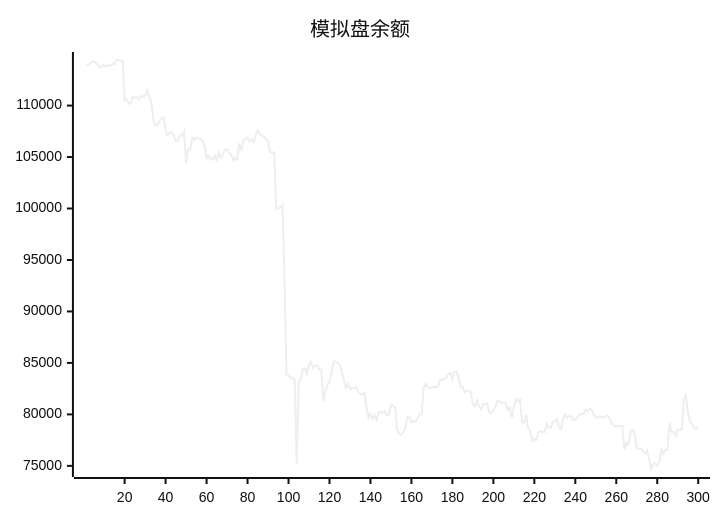
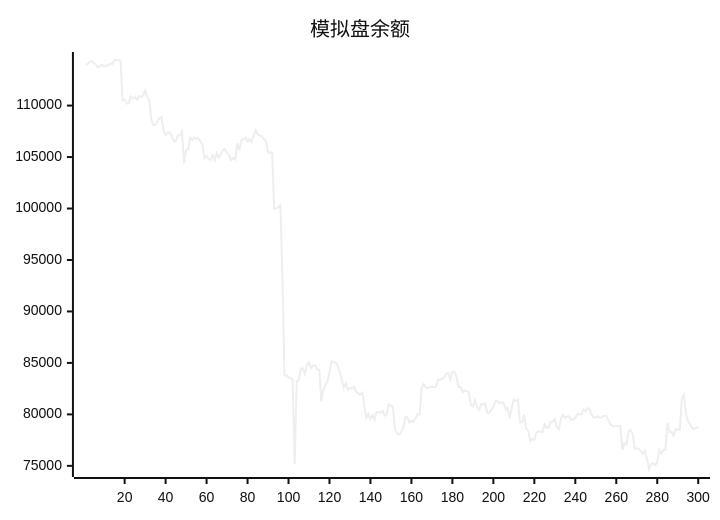
Before and after one commit to aahl/ai-trading: the diagram in README.md, drawn with Mermaid (neutral theme). The commit also changed other lines of this file and 1 other file, not shown here.

````diff
--- a/README.md
+++ b/README.md
@@ -5,5 +5,5 @@
 ```mermaid
 xychart
     title "模拟盘余额"
-    line [113927,113929,114064,114232,114293,114144,113960,113698,113853,113942,113812,113908,113877,114091,113998,114427,114422,114384,114384,110477,110576,110198,110198,110890,110712,110812,110569,110929,110847,110968,111478,110870,110433,108661,108116,108115,108485,108797,108877,107536,107134,107393,107393,107046,106565,106565,107081,107081,107478,104404,105715,105749,106866,106651,106889,106771,106816,106565,106141,104876,105103,104796,104734,105169,104690,105380,104941,105272,105709,105739,105374,105227,104691,104924,104762,106364,105628,106608,106748,106872,106485,106721,106468,107132,107620,107224,107080,107001,106717,106567,105431,105431,105440,99950,100017,100113,100337,93749,83795,83807,83567,83567,83342,75168,83222,83336,84448,84449,83896,84839,85065,84499,84757,84757,84364,84347,81254,82385,82835,83184,84099,85150,85150,85002,84751,84096,83356,82582,82983,82404,82572,82512,82688,82200,82047,81920,82125,80840,79688,80060,79552,79920,79470,80236,80208,80170,80336,79894,80006,80954,80837,80712,78561,78139,78037,78293,78682,79720,79720,79214,79372,79279,79591,80046,79993,82625,82950,82626,82571,82633,82670,82670,82681,83386,83378,83464,83579,83920,84037,83402,84160,84142,83652,82655,82655,82145,82315,82243,82163,80934,80770,81371,80742,80468,80989,80989,81067,80191,80155,80450,80737,81309,81309,81106,81119,81119,80471,80631,79624,80670,81448,81290,81429,79212,79222,79940,78643,78380,77432,77623,77504,78235,78358,78284,78277,79048,78714,78714,79290,79308,79567,78763,78563,79603,79988,79652,79813,79813,79476,79469,79673,79995,80015,80015,80486,80314,80600,80436,79966,79689,79689,79819,79692,79692,79850,79850,79518,79071,78889,78850,78850,78878,78878,76554,77202,77103,78357,78510,78106,76678,76677,76672,76411,76159,76485,75656,74695,75197,75246,75052,75334,76564,76179,76553,76551,79196,78300,78300,77944,78531,78531,78521,81564,81884,80160,79335,79055,78675,78580,78708]
+    line [113929,114064,114232,114293,114144,113960,113698,113853,113942,113812,113908,113877,114091,113998,114427,114422,114384,114384,110477,110576,110198,110198,110890,110712,110812,110569,110929,110847,110968,111478,110870,110433,108661,108116,108115,108485,108797,108877,107536,107134,107393,107393,107046,106565,106565,107081,107081,107478,104404,105715,105749,106866,106651,106889,106771,106816,106565,106141,104876,105103,104796,104734,105169,104690,105380,104941,105272,105709,105739,105374,105227,104691,104924,104762,106364,105628,106608,106748,106872,106485,106721,106468,107132,107620,107224,107080,107001,106717,106567,105431,105431,105440,99950,100017,100113,100337,93749,83795,83807,83567,83567,83342,75168,83222,83336,84448,84449,83896,84839,85065,84499,84757,84757,84364,84347,81254,82385,82835,83184,84099,85150,85150,85002,84751,84096,83356,82582,82983,82404,82572,82512,82688,82200,82047,81920,82125,80840,79688,80060,79552,79920,79470,80236,80208,80170,80336,79894,80006,80954,80837,80712,78561,78139,78037,78293,78682,79720,79720,79214,79372,79279,79591,80046,79993,82625,82950,82626,82571,82633,82670,82670,82681,83386,83378,83464,83579,83920,84037,83402,84160,84142,83652,82655,82655,82145,82315,82243,82163,80934,80770,81371,80742,80468,80989,80989,81067,80191,80155,80450,80737,81309,81309,81106,81119,81119,80471,80631,79624,80670,81448,81290,81429,79212,79222,79940,78643,78380,77432,77623,77504,78235,78358,78284,78277,79048,78714,78714,79290,79308,79567,78763,78563,79603,79988,79652,79813,79813,79476,79469,79673,79995,80015,80015,80486,80314,80600,80436,79966,79689,79689,79819,79692,79692,79850,79850,79518,79071,78889,78850,78850,78878,78878,76554,77202,77103,78357,78510,78106,76678,76677,76672,76411,76159,76485,75656,74695,75197,75246,75052,75334,76564,76179,76553,76551,79196,78300,78300,77944,78531,78531,78521,81564,81884,80160,79335,79055,78675,78580,78708,78764]
 ```
````
